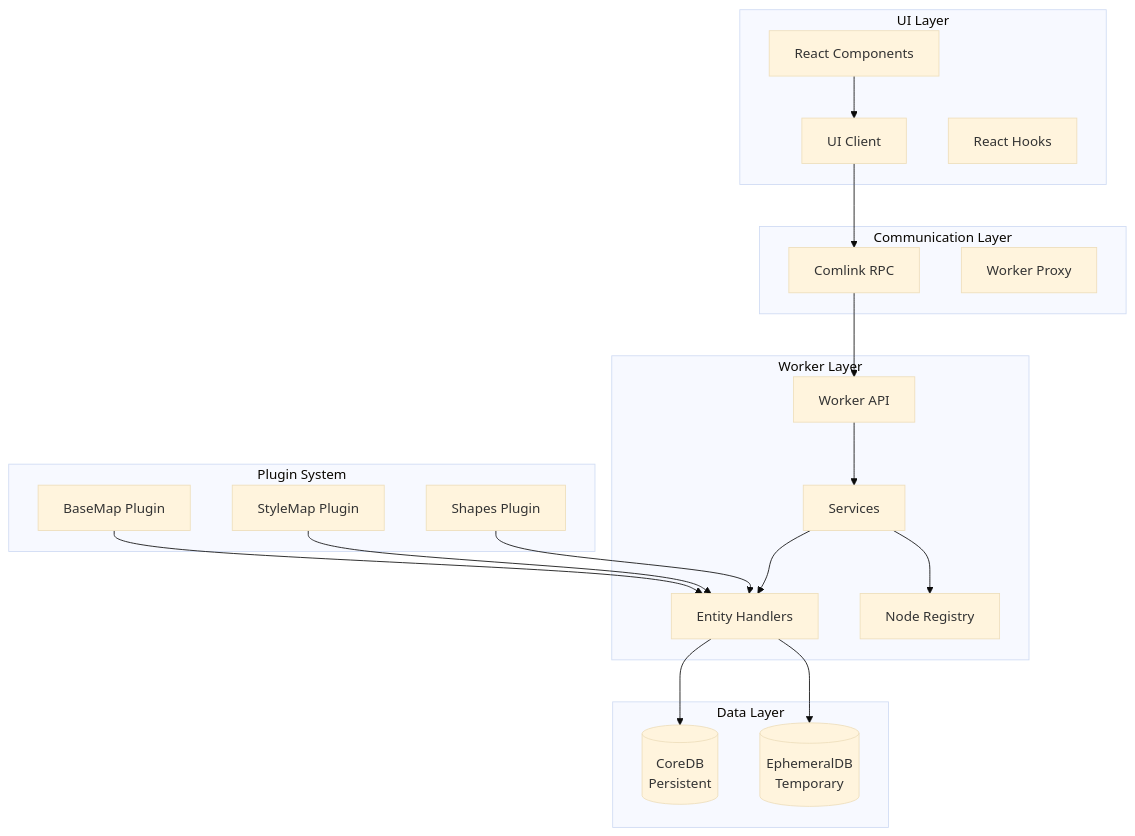
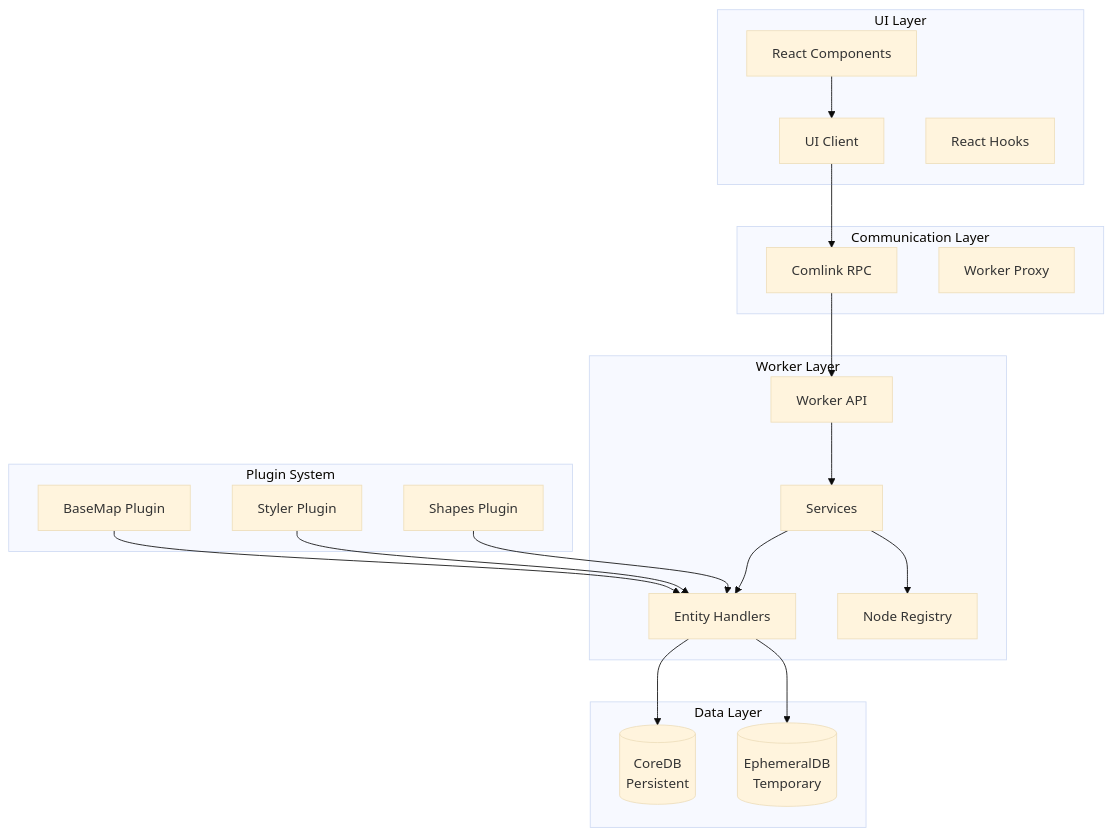
One commit to kubohiroya/hierarchidb changed the first of 3 diagrams in docs/deprecated/MANUAL/02-architecture-overview.md. Above: the diagram before and after it, drawn with Mermaid (base theme). The commit also changed other lines of this file and 267 other files, not shown here.

First line of the commit message:
refactor: rename stylemap-plugin to styler-plugin

````diff
--- a/docs/deprecated/MANUAL/02-architecture-overview.md
+++ b/docs/deprecated/MANUAL/02-architecture-overview.md
@@ -40,44 +40,44 @@
 ```mermaid
 graph TB
     subgraph "UI Layer"
         UI[React Components]
         UIClient[UI Client]
         Hooks[React Hooks]
     end
     
     subgraph "Communication Layer"
         Comlink[Comlink RPC]
         Proxy[Worker Proxy]
     end
     
     subgraph "Worker Layer"
         API[Worker API]
         Services[Services]
         Handlers[Entity Handlers]
         Registry[Node Registry]
     end
     
     subgraph "Data Layer"
         CoreDB[(CoreDB<br/>Persistent)]
         EphemeralDB[(EphemeralDB<br/>Temporary)]
     end
     
     subgraph "Plugin System"
         BaseMap[BaseMap Plugin]
-        StyleMap[StyleMap Plugin]
+        Styler[Styler Plugin]
         Shapes[Shapes Plugin]
     end
     
     UI --> UIClient
     UIClient --> Comlink
     Comlink --> API
     API --> Services
     Services --> Handlers
     Services --> Registry
     Handlers --> CoreDB
     Handlers --> EphemeralDB
     
     BaseMap --> Handlers
-    StyleMap --> Handlers
+    Styler --> Handlers
     Shapes --> Handlers
 ```
````
